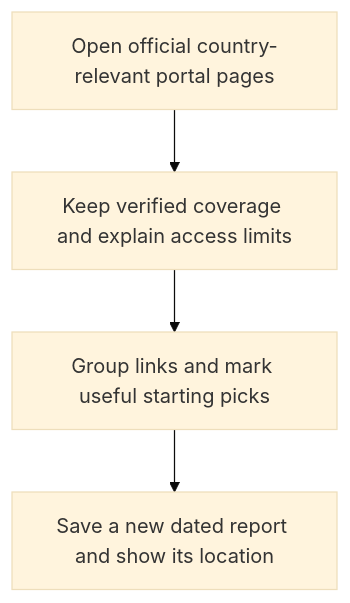
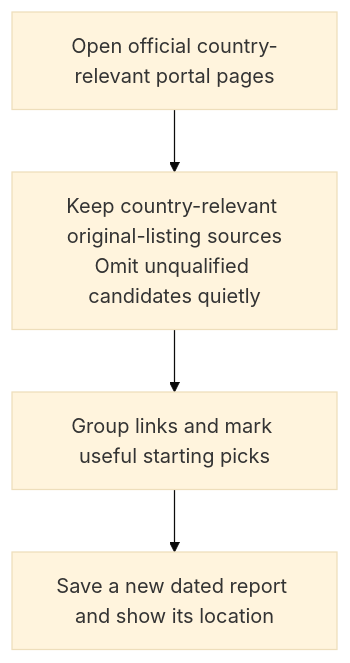
One commit to myowinthein/agent-compass changed the diagram in docs/commands/portal-finder/step1-portal-research.md. Above: the diagram before and after it, drawn with Mermaid (base theme). The commit also changed other lines of this file and 9 other files, not shown here.

````diff
--- a/docs/commands/portal-finder/step1-portal-research.md
+++ b/docs/commands/portal-finder/step1-portal-research.md
@@ -19,6 +19,6 @@
 ```mermaid
 flowchart TD
-  Research["Open official country-relevant portal pages"] --> Verify["Keep verified coverage and explain access limits"]
+  Research["Open official country-relevant portal pages"] --> Verify["Keep country-relevant original-listing sources<br/>Omit unqualified candidates quietly"]
   Verify --> Present["Group links and mark useful starting picks"]
   Present --> Save["Save a new dated report and show its location"]
 ```
````
